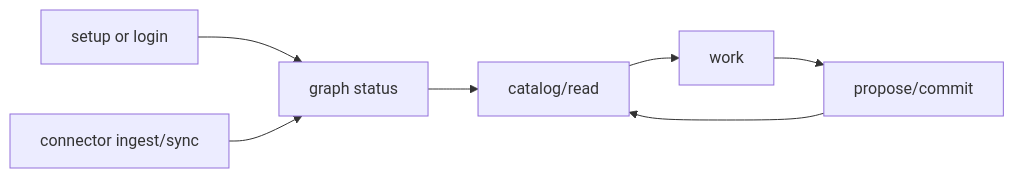
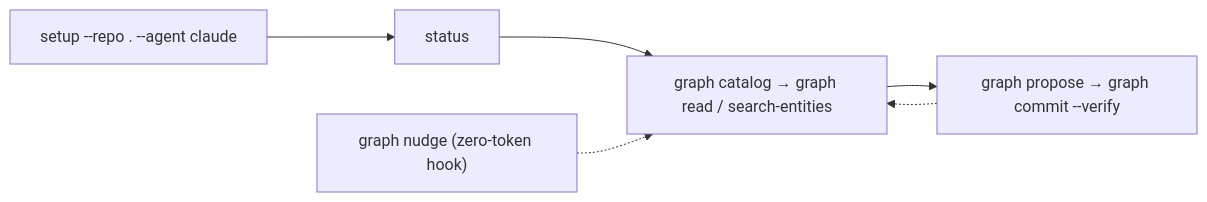
Before and after one commit to potpie-ai/potpie: the second of 2 diagrams in docs/context-graph/cli-flow.md, drawn with Mermaid. The commit also changed other lines of this file and 15 other files, not shown here.

First line of the commit message:
Refresh Context Graph docs (#962)

````diff
--- a/docs/context-graph/cli-flow.md
+++ b/docs/context-graph/cli-flow.md
@@ -40,13 +510,12 @@
 ```mermaid
 flowchart LR
-  cg_setup["setup or login"]
-  cg_status["graph status"]
-  cg_read["catalog/read"]
-  cg_work["work"]
-  cg_write["propose/commit"]
-  cg_ingest["connector ingest/sync"]
+  cf_setup["setup --repo . --agent claude"]
+  cf_status["status"]
+  cf_read["graph catalog → graph read / search-entities"]
+  cf_write["graph propose → graph commit --verify"]
+  cf_nudge["graph nudge (zero-token hook)"]
 
-  cg_setup --> cg_status --> cg_read --> cg_work --> cg_write
-  cg_ingest --> cg_status
-  cg_write --> cg_read
+  cf_setup --> cf_status --> cf_read --> cf_write
+  cf_nudge -.-> cf_read
+  cf_write -.-> cf_read
 ```
````
